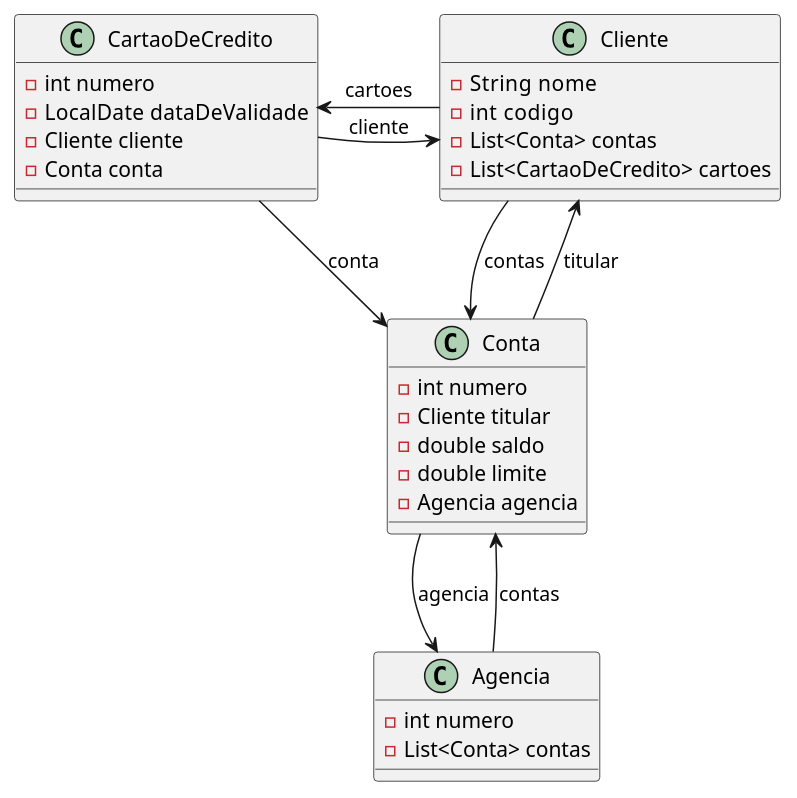
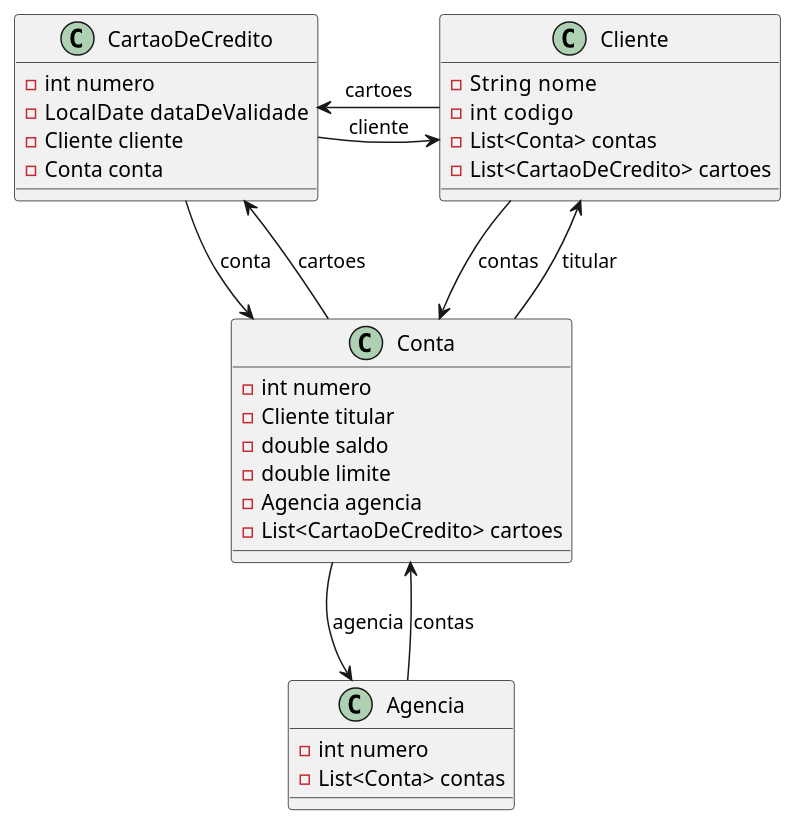
The diagram in src/posts/08_ArrayList.md (2025-ifba-saj-inf-poo/blog), drawn with PlantUML before and after one commit. The commit also changed 9 other files, not shown here.

````diff
--- a/src/posts/08_ArrayList.md
+++ b/src/posts/08_ArrayList.md
@@ -180,43 +180,45 @@
 ```plantuml {kroki}
 @startuml
 
 class  Cliente {
   -String  nome
   -int  codigo
   -List<Conta> contas
   -List<CartaoDeCredito> cartoes
 }
 
 class  CartaoDeCredito {
   -int numero
   -LocalDate  dataDeValidade
   -Cliente cliente
   -Conta conta
 }
 
 class Agencia{
   -int numero
   -List<Conta> contas
 }
 
 class Conta{
   -int numero
   -Cliente titular
   -double saldo
   -double limite
   -Agencia agencia
+  -List<CartaoDeCredito> cartoes
 
 }
 
 Conta --> Agencia : agencia
 Agencia --> Conta : contas
 CartaoDeCredito --> Cliente : cliente
 Cliente -> CartaoDeCredito : cartoes
 Cliente --> Conta : contas 
 Conta --> Cliente : titular
 CartaoDeCredito --> Conta : conta
+Conta --> CartaoDeCredito  : cartoes
 
 
  
 @enduml  
 ```
````
